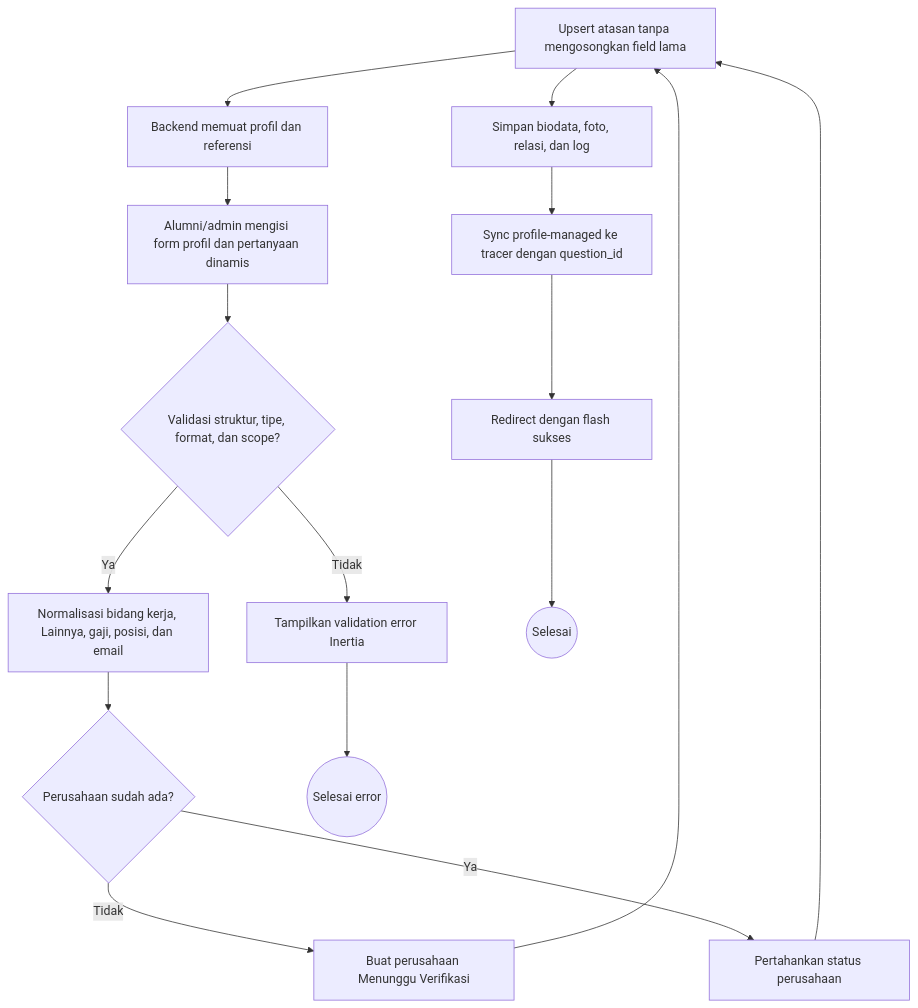
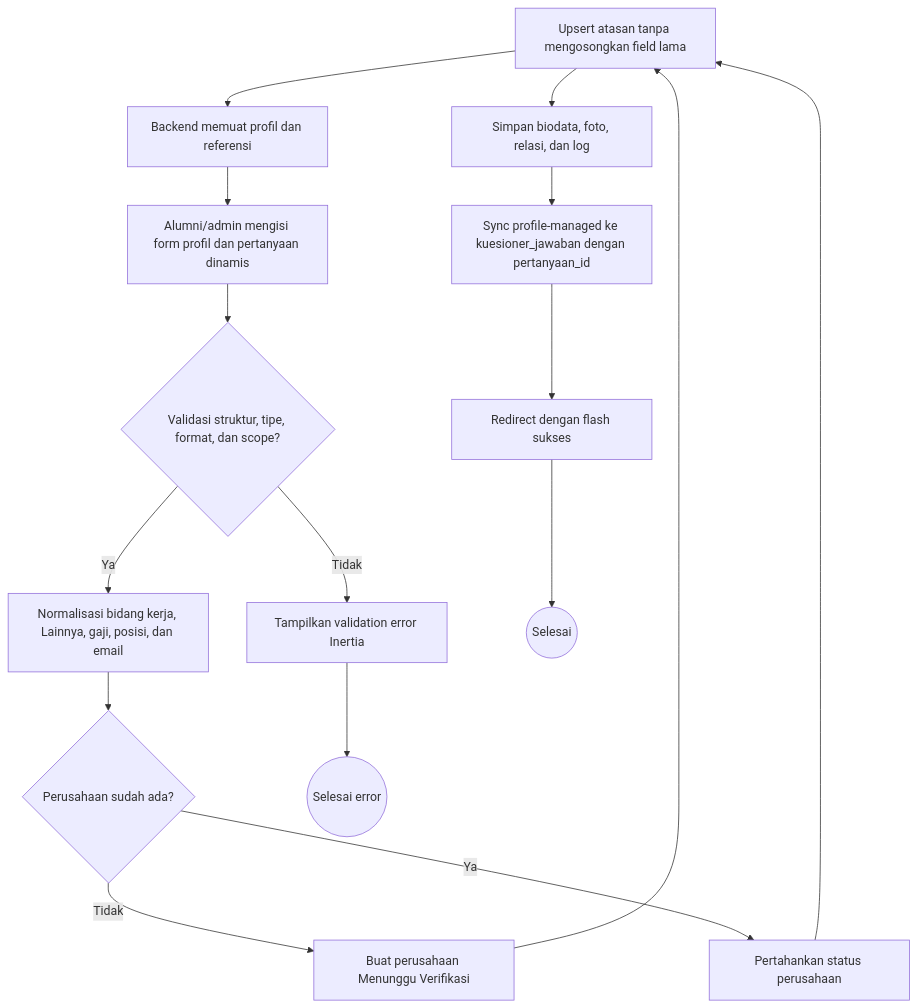
One commit to claraanjelitakd/tugas-akhir changed the second of 7 diagrams in docs/activitydiagram.md. Above: the diagram before and after it, drawn with Mermaid. The commit also changed other lines of this file and 63 other files, not shown here.

```diff
--- a/docs/activitydiagram.md
+++ b/docs/activitydiagram.md
@@ -196,18 +196,18 @@
 ~~~mermaid
 flowchart TD
   A((Mulai)) --> L[Backend memuat profil dan referensi]
   L --> U[Alumni/admin mengisi form profil dan pertanyaan dinamis]
   U --> V{Validasi struktur, tipe, format, dan scope?}
   V -- Tidak --> E[Tampilkan validation error Inertia]
   V -- Ya --> N[Normalisasi bidang kerja, Lainnya, gaji, posisi, dan email]
   N --> C{Perusahaan sudah ada?}
   C -- Tidak --> CP[Buat perusahaan Menunggu Verifikasi]
   C -- Ya --> K[Pertahankan status perusahaan]
   CP --> A[Upsert atasan tanpa mengosongkan field lama]
   K --> A
   A --> T[Simpan biodata, foto, relasi, dan log]
-  T --> Q[Sync profile-managed ke tracer dengan question_id]
+  T --> Q[Sync profile-managed ke kuesioner_jawaban dengan pertanyaan_id]
   Q --> R[Redirect dengan flash sukses]
   E --> X((Selesai error))
   R --> Y((Selesai))
 ~~~
```
